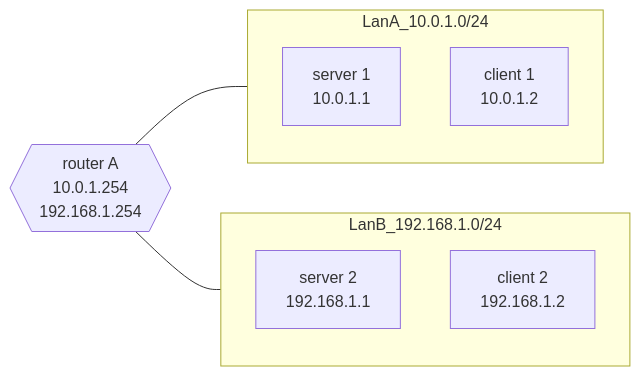
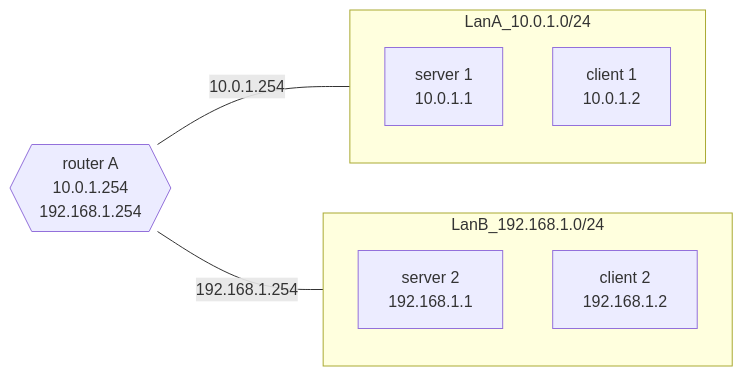
Before and after one commit to TendTo/Tutorato-Reti-di-Calcolatori: the first of 2 diagrams in esercizi/network/server-routing/README.md, drawn with Mermaid. The commit also changed other lines of this file and 1 other file, not shown here.

````diff
--- a/esercizi/network/server-routing/README.md
+++ b/esercizi/network/server-routing/README.md
@@ -7,20 +7,20 @@
 ```mermaid
 flowchart LR
 
 
 r{{router A\n10.0.1.254\n192.168.1.254}}
 
 subgraph LanA_10.0.1.0/24
     s1[server 1\n10.0.1.1]
     c1[client 1\n10.0.1.2]
 end
 
 
 subgraph LanB_192.168.1.0/24
     s2[server 2\n192.168.1.1]
     c2[client 2\n192.168.1.2]
 end
 
-    r --- LanA_10.0.1.0/24
-    r --- LanB_192.168.1.0/24
+    r --10.0.1.254--- LanA_10.0.1.0/24
+    r --192.168.1.254--- LanB_192.168.1.0/24
 ```
````
